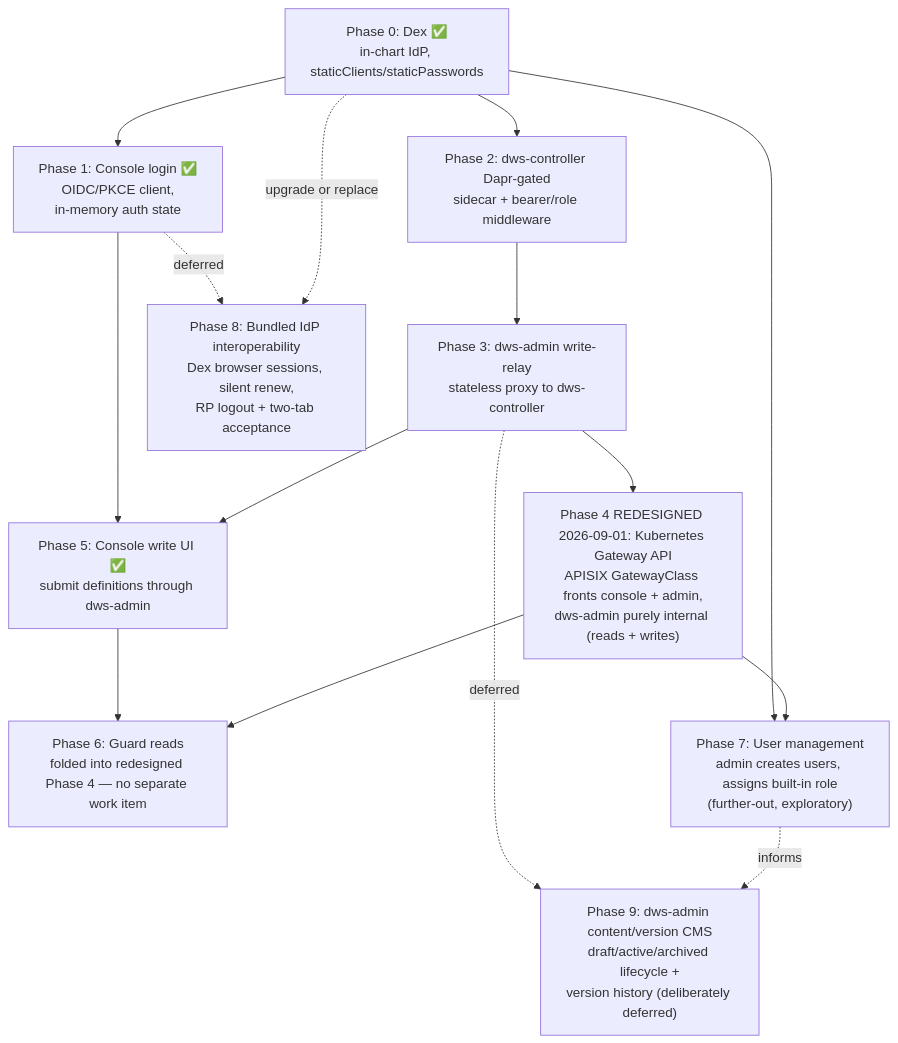
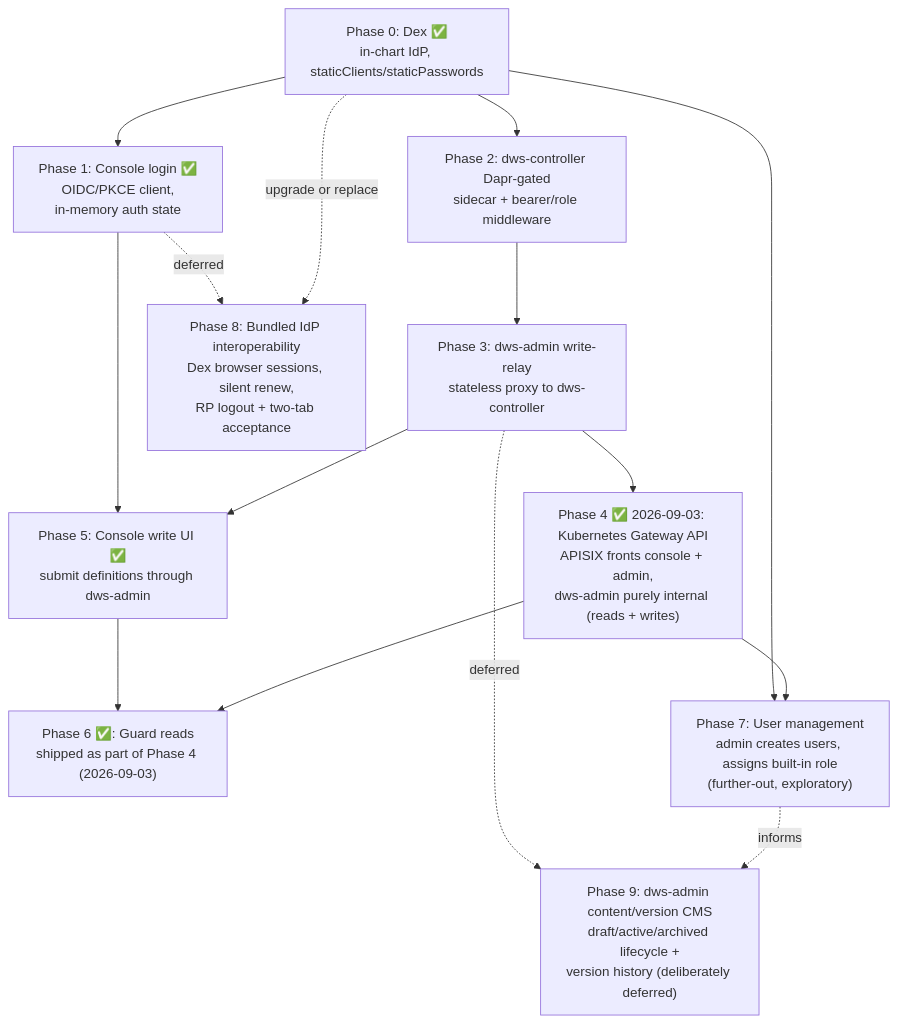
One commit to tonylibs/dapr-workflow-spec changed the diagram in docs/roadmaps/dws-auth.md. Above: the diagram before and after it, drawn with Mermaid. The commit also changed other lines of this file and 1 other file, not shown here.

First line of the commit message:
docs: Update authentication and console submission roadmaps

````diff
--- a/docs/roadmaps/dws-auth.md
+++ b/docs/roadmaps/dws-auth.md
@@ -21,17 +21,17 @@
 ```mermaid
 flowchart TD
   P0["Phase 0: Dex ✅<br/>in-chart IdP, staticClients/staticPasswords"] --> P1["Phase 1: Console login ✅<br/>OIDC/PKCE client,<br/>in-memory auth state"]
   P0 --> P2["Phase 2: dws-controller Dapr-gated<br/>sidecar + bearer/role middleware"]
   P2 --> P3["Phase 3: dws-admin write-relay<br/>stateless proxy to dws-controller"]
-  P3 --> P4["Phase 4 REDESIGNED 2026-09-01: Kubernetes Gateway API<br/>APISIX GatewayClass fronts console + admin,<br/>dws-admin purely internal (reads + writes)"]
+  P3 --> P4["Phase 4 ✅ 2026-09-03: Kubernetes Gateway API<br/>APISIX fronts console + admin,<br/>dws-admin purely internal (reads + writes)"]
   P1 --> P5["Phase 5: Console write UI ✅<br/>submit definitions through dws-admin"]
   P3 --> P5
-  P5 --> P6["Phase 6: Guard reads<br/>folded into redesigned Phase 4 — no separate work item"]
+  P5 --> P6["Phase 6 ✅: Guard reads<br/>shipped as part of Phase 4 (2026-09-03)"]
   P4 --> P6
   P0 --> P7["Phase 7: User management<br/>admin creates users, assigns built-in role<br/>(further-out, exploratory)"]
   P4 --> P7
   P1 -. deferred .-> P8["Phase 8: Bundled IdP interoperability<br/>Dex browser sessions, silent renew,<br/>RP logout + two-tab acceptance"]
   P0 -. upgrade or replace .-> P8
   P3 -. deferred .-> P9["Phase 9: dws-admin content/version CMS<br/>draft/active/archived lifecycle +<br/>version history (deliberately deferred)"]
   P7 -.informs.-> P9
 ```
````
